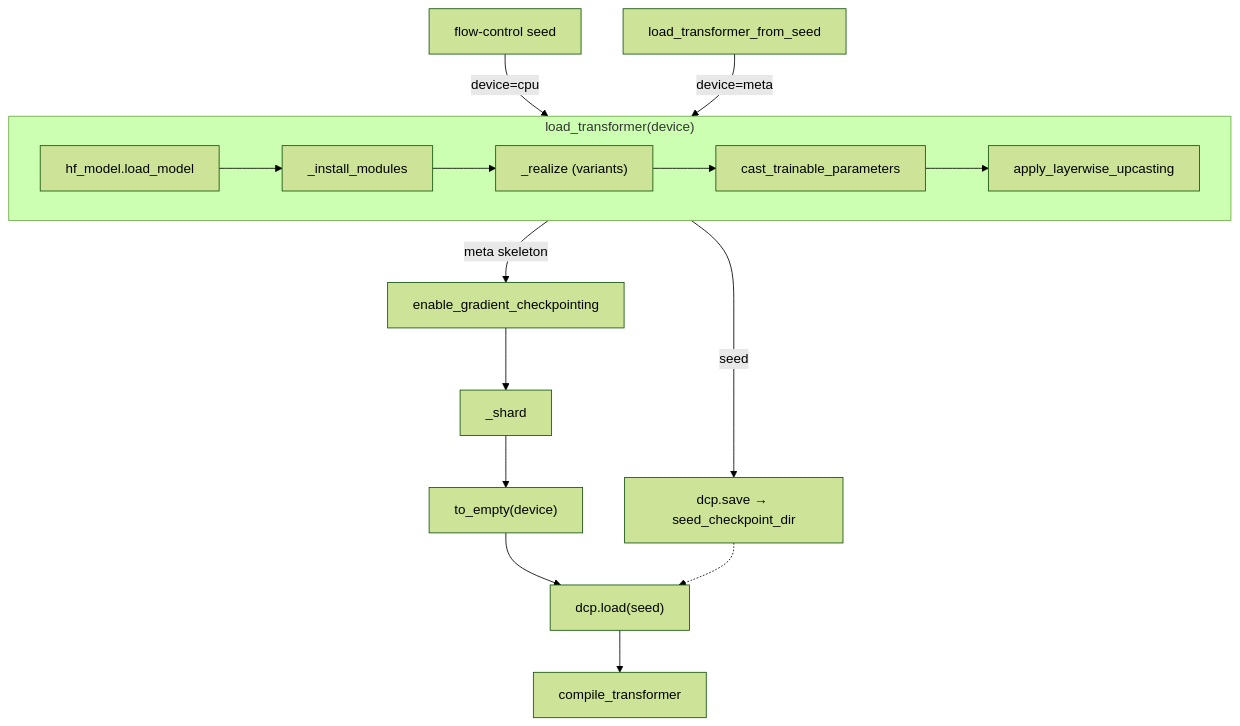
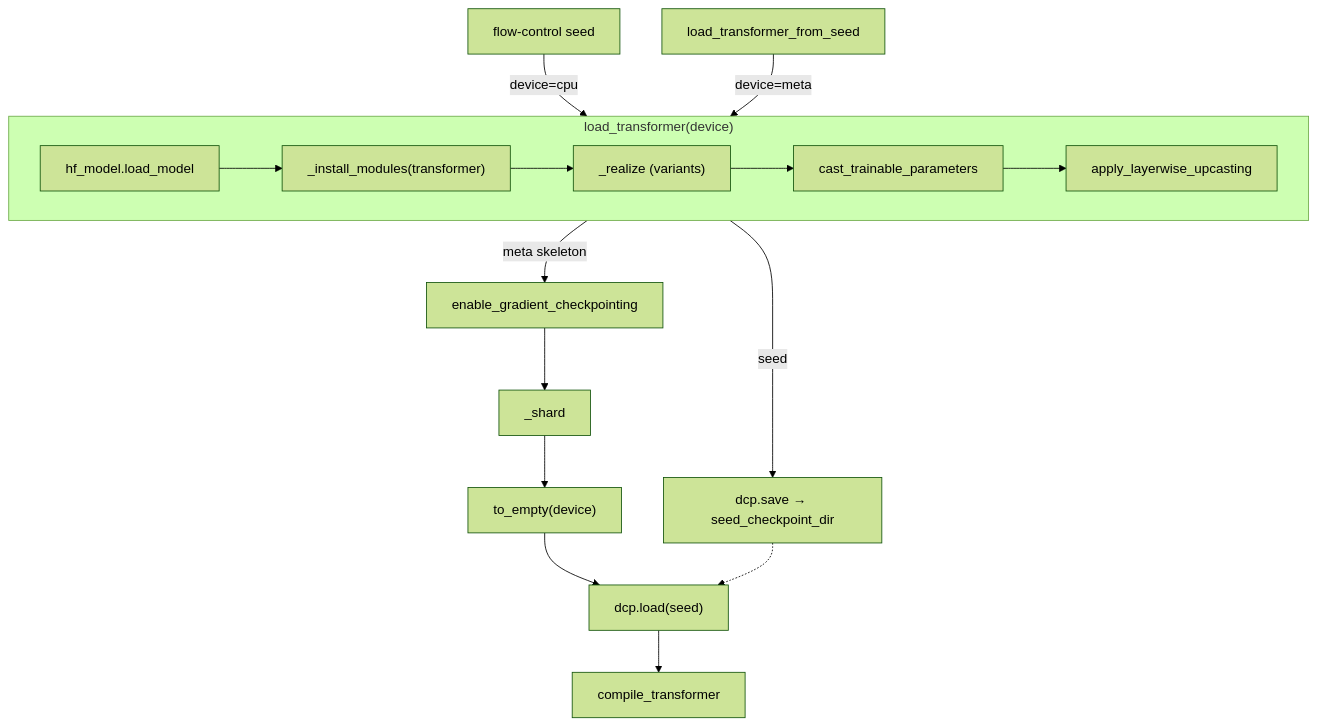
The diagram in docs/adapters/adapter.md (Duanyll/flow-control), drawn with Mermaid (forest theme) before and after one commit. The commit also changed other lines of this file and 5 other files, not shown here.

First line of the commit message:
docs: describe the install hook, upcasting exemptions, per-rank RNG and checkpoint_rollouts

````diff
--- a/docs/adapters/adapter.md
+++ b/docs/adapters/adapter.md
@@ -50,12 +50,12 @@
 ```mermaid
 flowchart TB
     subgraph LT["load_transformer(device)"]
         direction LR
-        L1["hf_model.load_model"] --> L2["_install_modules"] --> L3["_realize (variants)"] --> L4["cast_trainable_parameters"] --> L5["apply_layerwise_upcasting"]
+        L1["hf_model.load_model"] --> L2["_install_modules(transformer)"] --> L3["_realize (variants)"] --> L4["cast_trainable_parameters"] --> L5["apply_layerwise_upcasting"]
     end
     S1["flow-control seed"] -->|"device=cpu"| LT
     LT -->|"seed"| S2["dcp.save → seed_checkpoint_dir"]
     T1["load_transformer_from_seed"] -->|"device=meta"| LT
     LT -->|"meta skeleton"| T2["enable_gradient_checkpointing"] --> T3["_shard"] --> T4["to_empty(device)"] --> T5["dcp.load(seed)"] --> T6["compile_transformer"]
     S2 -.-> T5
 ```
````
